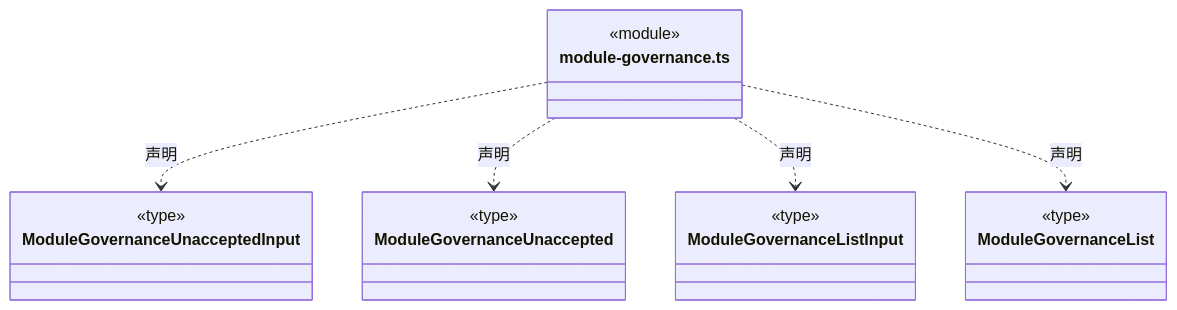
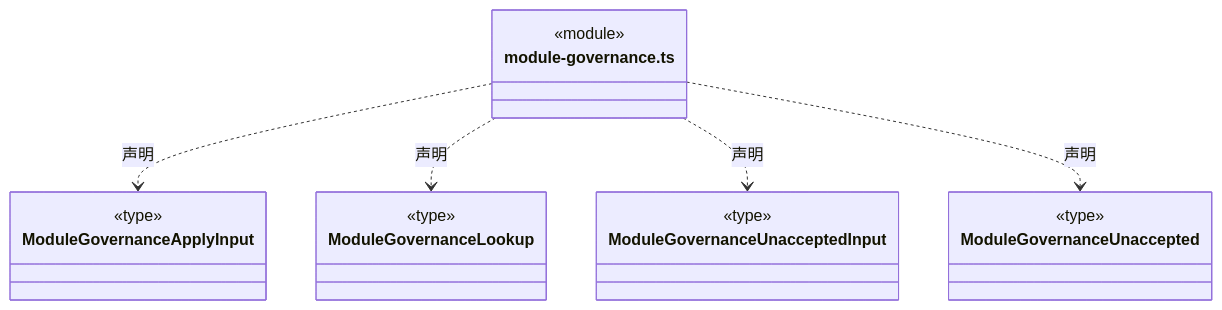
Before and after one commit to nan023062/cbim: diagram 11 of 13 in src/backend/core/governance/ARCHITECTURE.md, drawn with Mermaid. The commit also changed other lines of this file and 53 other files, not shown here.

````diff
--- a/src/backend/core/governance/ARCHITECTURE.md
+++ b/src/backend/core/governance/ARCHITECTURE.md
@@ -188,26 +291,26 @@
 ```mermaid
 classDiagram
 class N_src_backend_core_governance_module_governance_ts["module-governance.ts"] {
   <<module>>
 }
+class N_src_backend_core_governance_module_governance_ts_ModuleGovernanceApplyInput["ModuleGovernanceApplyInput"] {
+  <<type>>
+
+}
+N_src_backend_core_governance_module_governance_ts ..> N_src_backend_core_governance_module_governance_ts_ModuleGovernanceApplyInput : 声明
+class N_src_backend_core_governance_module_governance_ts_ModuleGovernanceLookup["ModuleGovernanceLookup"] {
+  <<type>>
+
+}
+N_src_backend_core_governance_module_governance_ts ..> N_src_backend_core_governance_module_governance_ts_ModuleGovernanceLookup : 声明
 class N_src_backend_core_governance_module_governance_ts_ModuleGovernanceUnacceptedInput["ModuleGovernanceUnacceptedInput"] {
   <<type>>
 
 }
 N_src_backend_core_governance_module_governance_ts ..> N_src_backend_core_governance_module_governance_ts_ModuleGovernanceUnacceptedInput : 声明
 class N_src_backend_core_governance_module_governance_ts_ModuleGovernanceUnaccepted["ModuleGovernanceUnaccepted"] {
   <<type>>
 
 }
 N_src_backend_core_governance_module_governance_ts ..> N_src_backend_core_governance_module_governance_ts_ModuleGovernanceUnaccepted : 声明
-class N_src_backend_core_governance_module_governance_ts_ModuleGovernanceListInput["ModuleGovernanceListInput"] {
-  <<type>>
-
-}
-N_src_backend_core_governance_module_governance_ts ..> N_src_backend_core_governance_module_governance_ts_ModuleGovernanceListInput : 声明
-class N_src_backend_core_governance_module_governance_ts_ModuleGovernanceList["ModuleGovernanceList"] {
-  <<type>>
-
-}
-N_src_backend_core_governance_module_governance_ts ..> N_src_backend_core_governance_module_governance_ts_ModuleGovernanceList : 声明
 ```
````
